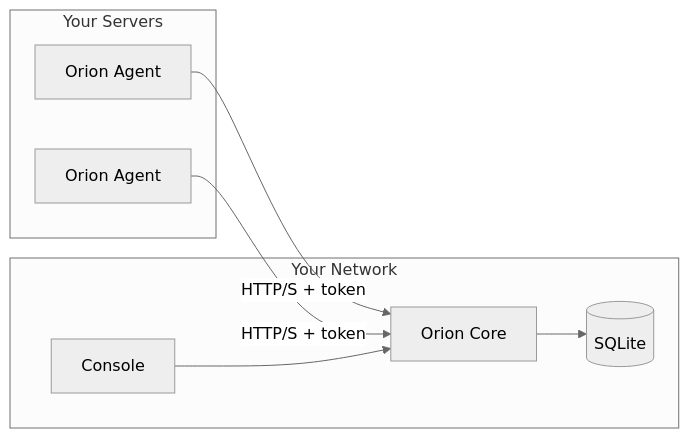
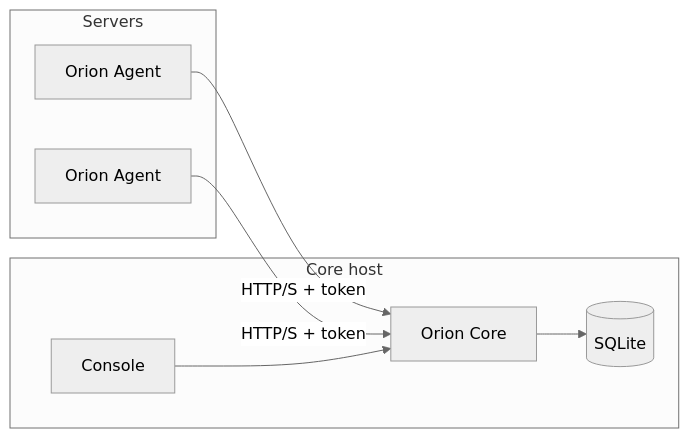
One commit to sunday-studio/orion changed the diagram in README.md. Above: the diagram before and after it, drawn with Mermaid (neutral theme). The commit also changed other lines of this file and 5 other files, not shown here.

````diff
--- a/README.md
+++ b/README.md
@@ -14,16 +21,16 @@
 ```mermaid
 flowchart LR
-    subgraph servers [Your Servers]
+    subgraph servers [Servers]
         A1[Orion Agent]
         A2[Orion Agent]
     end
-    subgraph local [Your Network]
+    subgraph core [Core host]
         C[Orion Core]
         DB[(SQLite)]
         UI[Console]
     end
     A1 -->|HTTP/S + token| C
     A2 -->|HTTP/S + token| C
     C --> DB
     UI --> C
 ```
````
